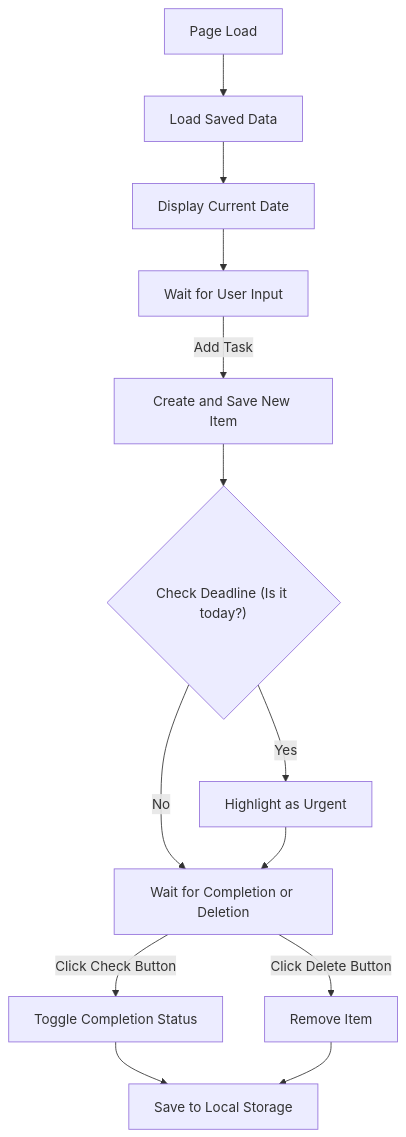
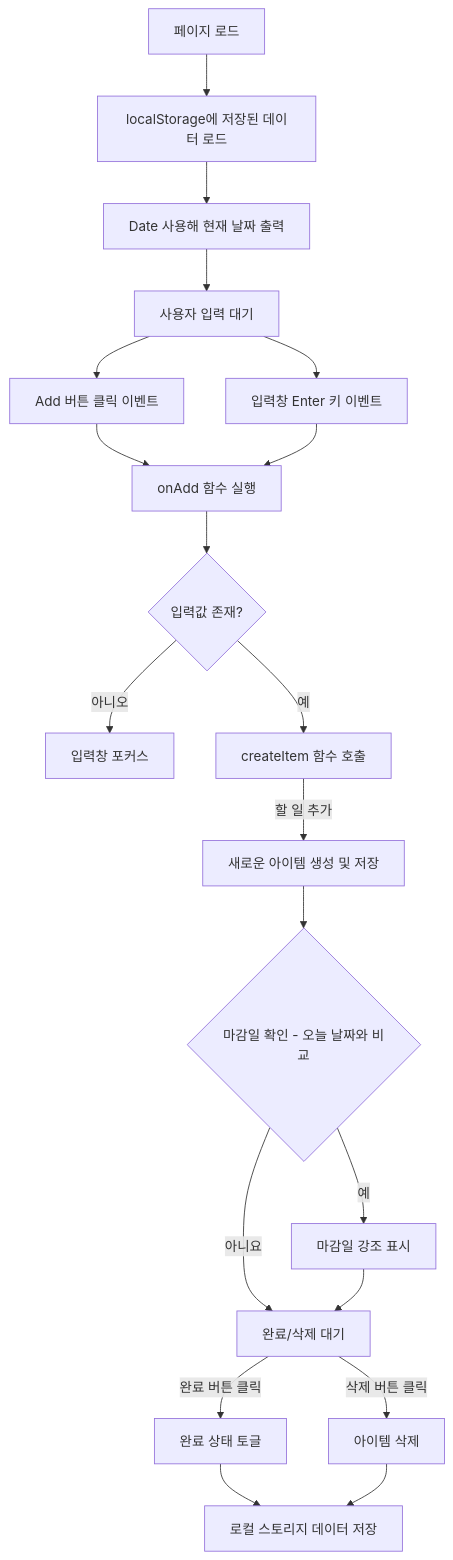
Before and after one commit to Ahnsaeyeon/todo-list: the diagram in README.MD, drawn with Mermaid.

````diff
--- a/README.MD
+++ b/README.MD
@@ -5,18 +1,27 @@
 ```mermaid
 graph TD;
-    A[Page Load] --> B[Load Saved Data];
-    B --> C[Display Current Date];
-    C --> D[Wait for User Input];
+    A[페이지 로드] --> B[localStorage에 저장된 데이터 로드]
+    B --> C[Date 사용해 현재 날짜 출력]
+    C --> D[사용자 입력 대기]
 
-    D -->|Add Task| E[Create and Save New Item];
-    E --> F{"Check Deadline (Is it today?)"};
+    D --> L[Add 버튼 클릭 이벤트]
+    D --> M[입력창 Enter 키 이벤트]
+    L --> N[onAdd 함수 실행]
+    M --> N
 
-    F -- No --> G[Wait for Completion or Deletion];
-    F -- Yes --> H[Highlight as Urgent] --> G;
+    N --> O{입력값 존재?}
+    O -- 아니오 --> P[입력창 포커스]
+    O -- 예 --> Q[createItem 함수 호출]
+    Q -->|할 일 추가| E[새로운 아이템 생성 및 저장]
+    E --> F{마감일 확인 - 오늘 날짜와 비교}
 
-    G -->|Click Check Button| I[Toggle Completion Status];
-    G -->|Click Delete Button| J[Remove Item];
+    F -- 아니요 --> G[완료/삭제 대기]
+    F -- 예 --> H[마감일 강조 표시] --> G
 
-    I --> K[Save to Local Storage];
-    J --> K;
+    G -->|완료 버튼 클릭| I[완료 상태 토글]
+    G -->|삭제 버튼 클릭| J[아이템 삭제]
+
+    I --> K[로컬 스토리지 데이터 저장]
+    J --> K
+
 ```
````
